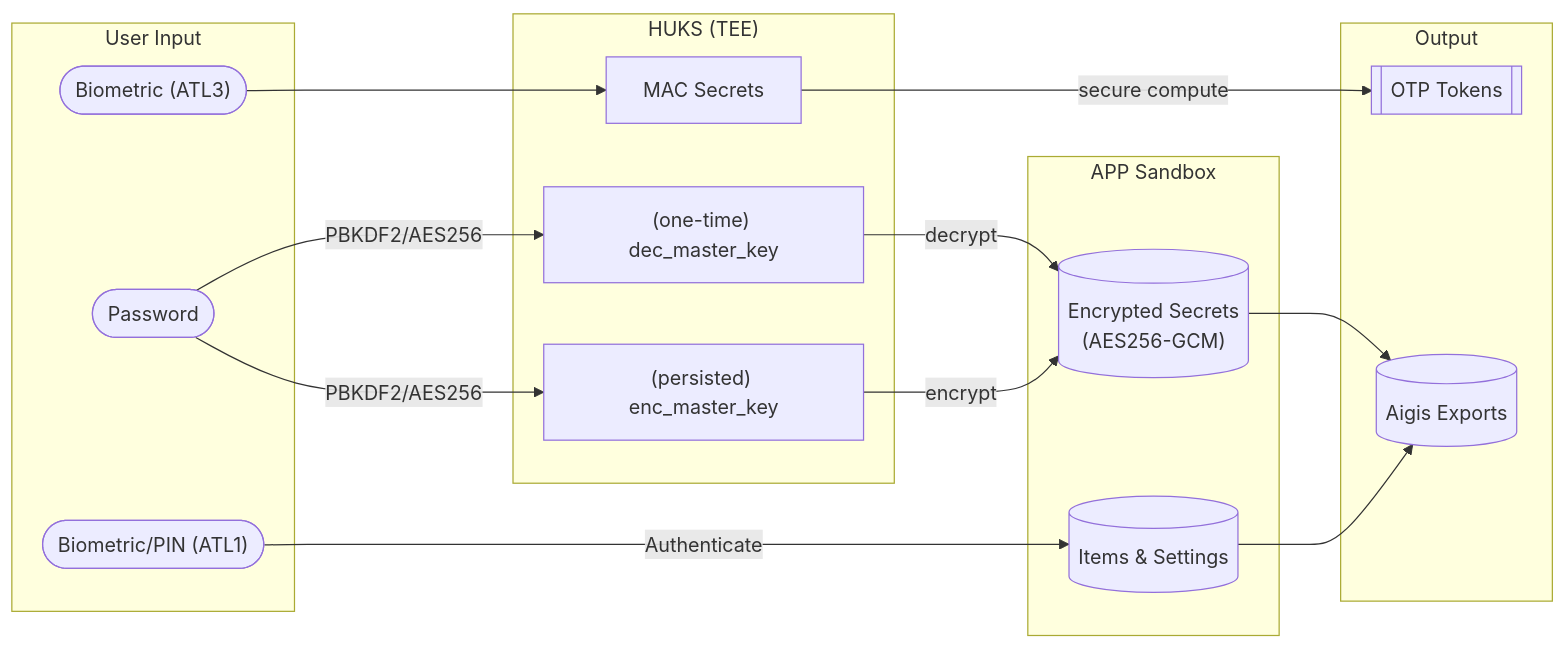
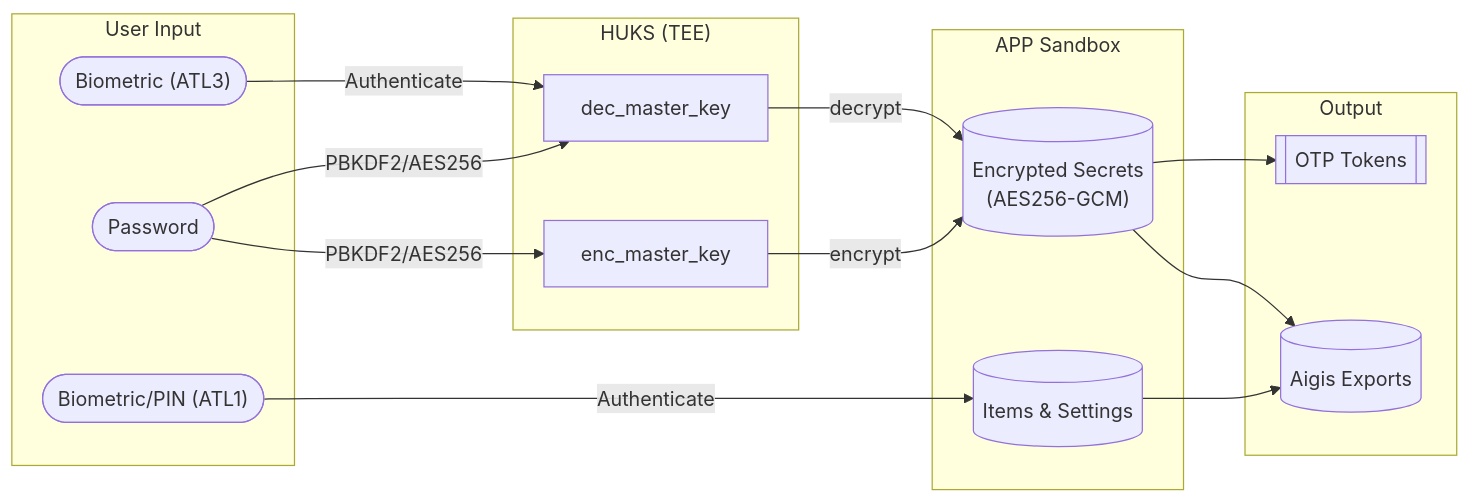
Before and after one commit to iamhyc/Aigis: the diagram in README.md, drawn with Mermaid. The commit also changed other lines of this file, not shown here.

````diff
--- a/README.md
+++ b/README.md
@@ -16,48 +16,46 @@
 ```mermaid
 flowchart LR
 
 Dst1[["OTP Tokens"]]
 Dst2[("Items & Settings")]
 Dst3[("Aigis Exports")]
 
 Src0(["Biometric/PIN (ATL1)"])
 
 Src1(["Biometric (ATL3)"])
-Via1["MAC Secrets"]
 
 Src2(["Password"])
-Src2a["(one-time) dec_master_key"]
+Src2a["dec_master_key"]
 Via2[("Encrypted Secrets<br/>(AES256-GCM)")]
-Src2b["(persisted) enc_master_key"]
+Src2b["enc_master_key"]
 
 subgraph "User Input"
 Src0
 Src1
 Src2
 end
 
 subgraph "HUKS (TEE)"
-Via1
 Src2a
 Src2b
 end
 
 subgraph "APP Sandbox"
 Via2
 Dst2
 end
 
 subgraph "Output"
 Dst1
 Dst3
 end
 
-Src1-->Via1--"secure compute"-->Dst1
-Src2--PBKDF2/AES256-->Src2a--decrypt-->Via2
+Src1--Authenticate-->Src2a
+Src2--PBKDF2/AES256-->Src2a--decrypt-->Via2-->Dst1
 Src2--PBKDF2/AES256-->Src2b--encrypt-->Via2
 
 Src0--"Authenticate"-->Dst2
 
 Via2-->Dst3
 Dst2-->Dst3
 ```
````
